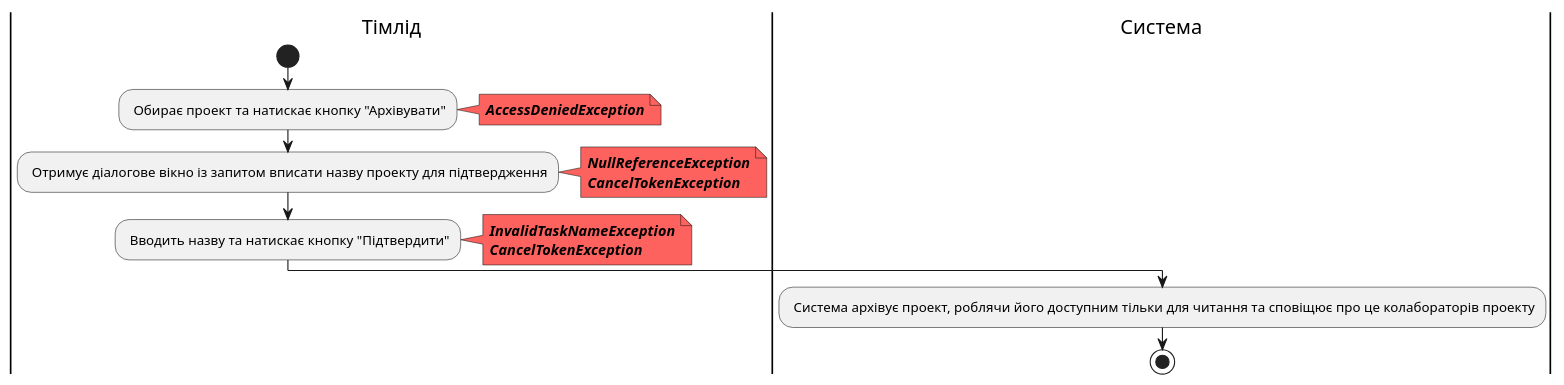
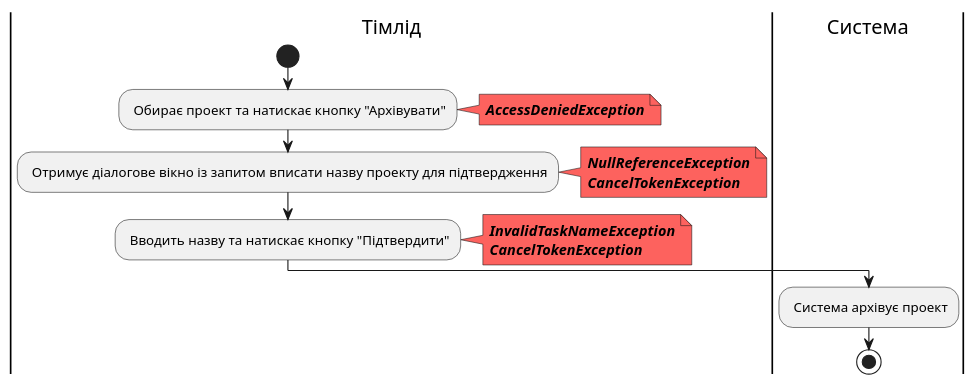
Diagram 14 of 19 in docs/use cases/README.md (stbestichhh/db_project-manager), drawn with PlantUML before and after one commit. The commit also changed other lines of this file, not shown here.

```diff
--- a/docs/use cases/README.md
+++ b/docs/use cases/README.md
@@ -505,24 +507,24 @@
 @startuml
 |Тімлід|
 start;
 : Обирає проект та натискає кнопку "Архівувати";
 note right #fd625e
 <b><i>AccessDeniedException
 end note 
 : Отримує діалогове вікно із запитом вписати назву проекту для підтвердження;
 note right #fd625e
 <b><i>NullReferenceException
 <b><i>CancelTokenException
 end note
 : Вводить назву та натискає кнопку "Підтвердити";
 note right #fd625e
 <b><i>InvalidTaskNameException
 <b><i>CancelTokenException
 end note
 
 |Система|
- : Система архівує проект, роблячи його доступним тільки для читання та сповіщює про це колабораторів проекту; 
+ : Система архівує проект;
 
  stop;
 
 @enduml
```
